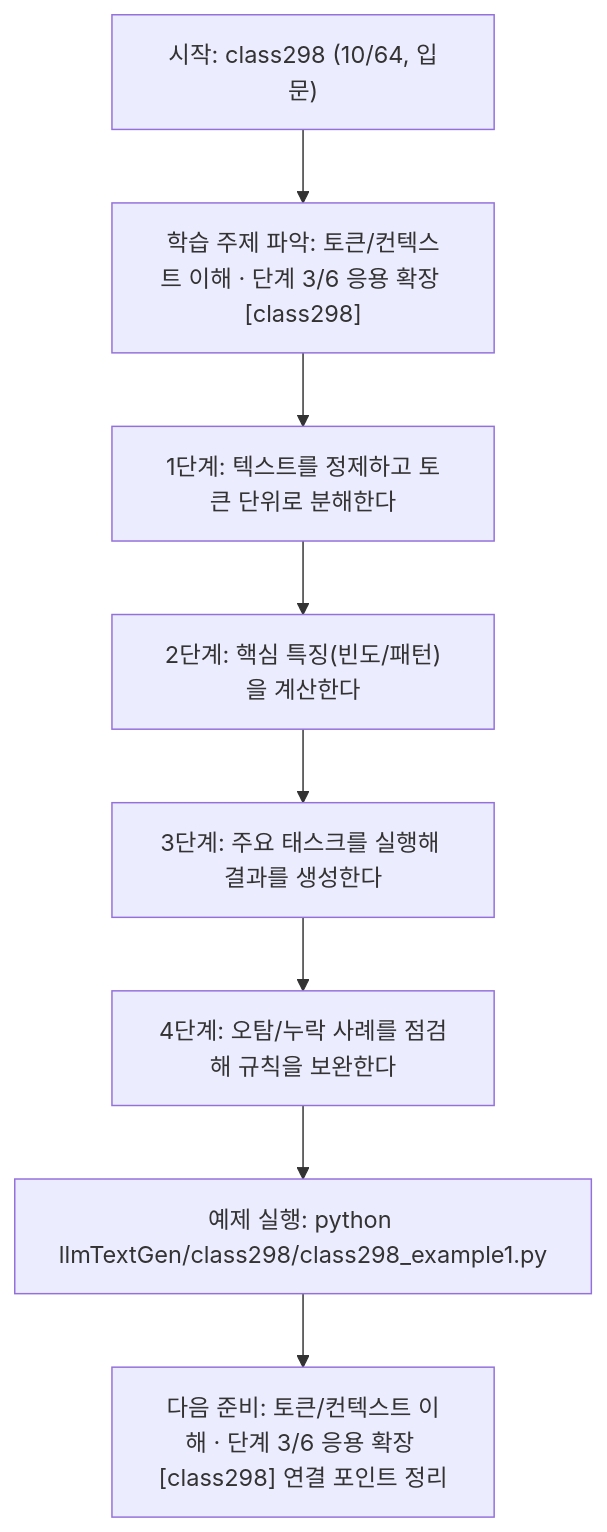
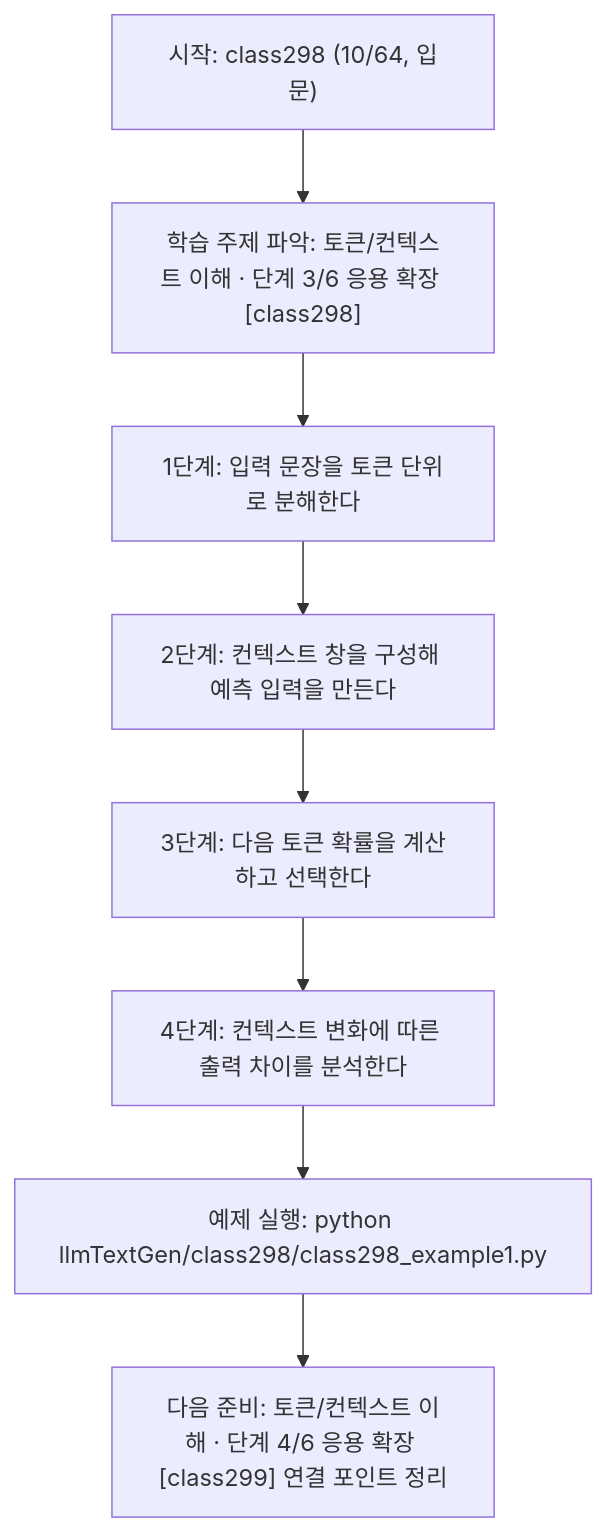
One commit to edumgt/Python-AI_Agent-Class changed the diagram in llmTextGen/class298/class298.md. Above: the diagram before and after it, drawn with Mermaid. The commit also changed other lines of this file and 451 other files, not shown here.

````diff
--- a/llmTextGen/class298/class298.md
+++ b/llmTextGen/class298/class298.md
@@ -114,18 +95,18 @@
 ```mermaid
 flowchart TD
 N1["시작: class298 (10/64, 입문)"]
 N2["학습 주제 파악: 토큰/컨텍스트 이해 · 단계 3/6 응용 확장 [class298]"]
-N3["1단계: 텍스트를 정제하고 토큰 단위로 분해한다"]
-N4["2단계: 핵심 특징(빈도/패턴)을 계산한다"]
-N5["3단계: 주요 태스크를 실행해 결과를 생성한다"]
-N6["4단계: 오탐/누락 사례를 점검해 규칙을 보완한다"]
+N3["1단계: 입력 문장을 토큰 단위로 분해한다"]
+N4["2단계: 컨텍스트 창을 구성해 예측 입력을 만든다"]
+N5["3단계: 다음 토큰 확률을 계산하고 선택한다"]
+N6["4단계: 컨텍스트 변화에 따른 출력 차이를 분석한다"]
 N7["예제 실행: python llmTextGen/class298/class298_example1.py"]
-N8["다음 준비: 토큰/컨텍스트 이해 · 단계 3/6 응용 확장 [class298] 연결 포인트 정리"]
+N8["다음 준비: 토큰/컨텍스트 이해 · 단계 4/6 응용 확장 [class299] 연결 포인트 정리"]
 N1 --> N2
 N2 --> N3
 N3 --> N4
 N4 --> N5
 N5 --> N6
 N6 --> N7
 N7 --> N8
 ```
````
